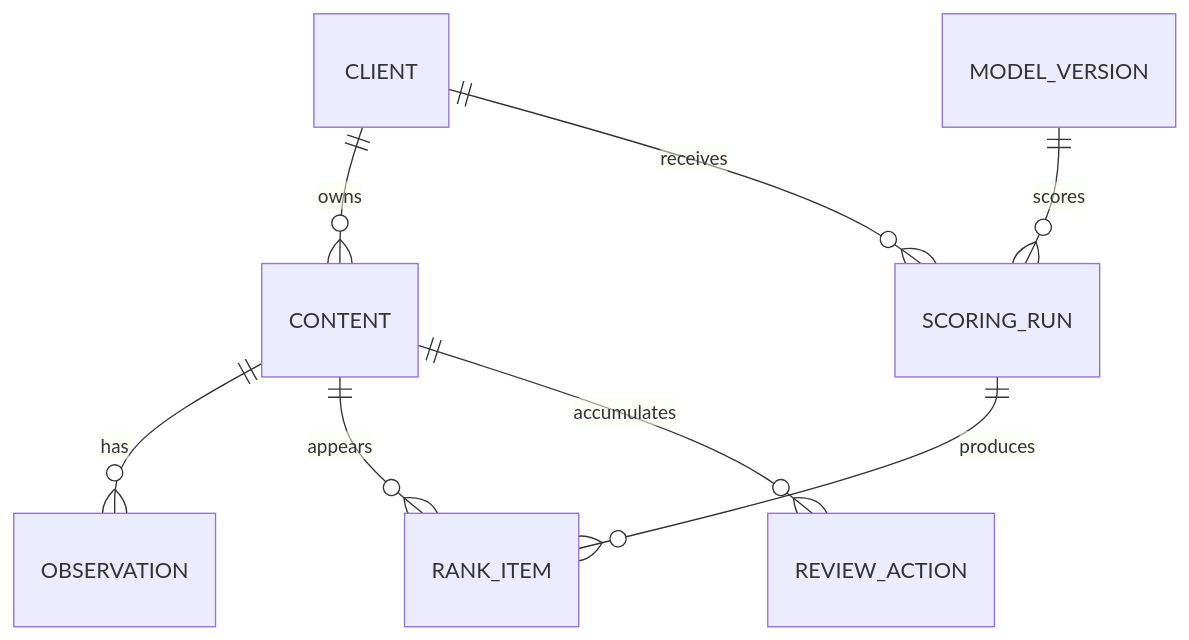
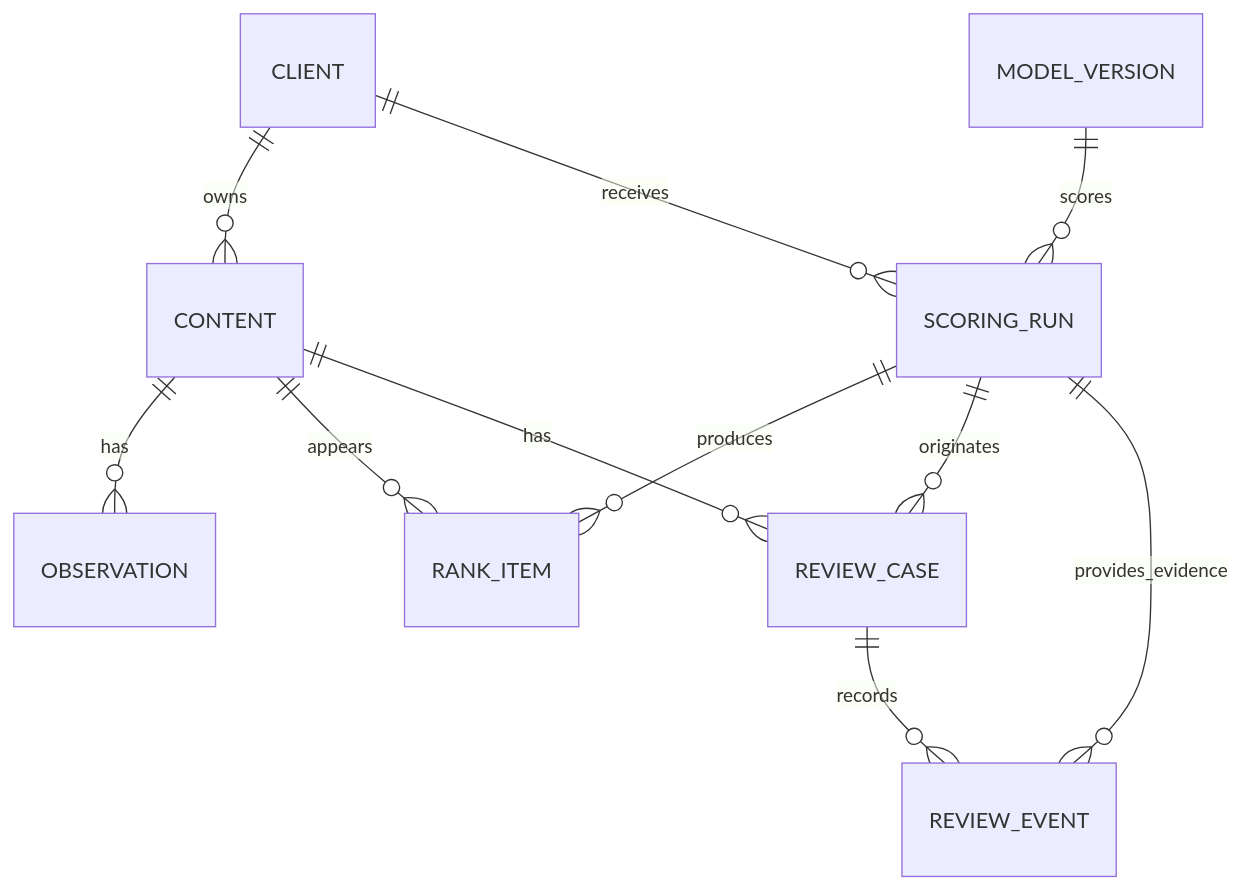
The diagram in docs/architecture/DATABASE_DESIGN.md (lalalostcode/content-rank-mlops), drawn with Mermaid before and after one commit. The commit also changed other lines of this file and 25 other files, not shown here.

````diff
--- a/docs/architecture/DATABASE_DESIGN.md
+++ b/docs/architecture/DATABASE_DESIGN.md
@@ -3,10 +3,13 @@
 ```mermaid
 erDiagram
  CLIENT ||--o{ CONTENT : owns
  CONTENT ||--o{ OBSERVATION : has
  CLIENT ||--o{ SCORING_RUN : receives
  MODEL_VERSION ||--o{ SCORING_RUN : scores
  SCORING_RUN ||--o{ RANK_ITEM : produces
  CONTENT ||--o{ RANK_ITEM : appears
- CONTENT ||--o{ REVIEW_ACTION : accumulates
+ CONTENT ||--o{ REVIEW_CASE : has
+ REVIEW_CASE ||--o{ REVIEW_EVENT : records
+ SCORING_RUN ||--o{ REVIEW_CASE : originates
+ SCORING_RUN ||--o{ REVIEW_EVENT : provides_evidence
 ```
````
